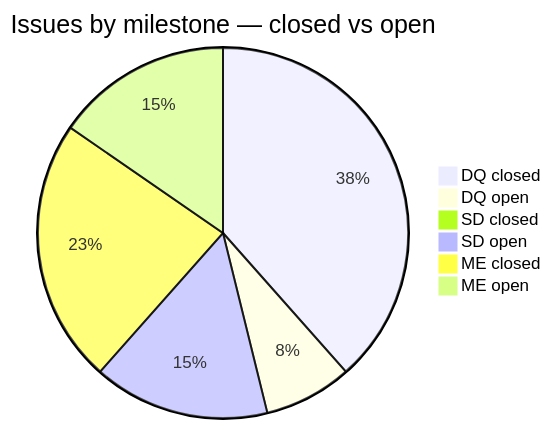
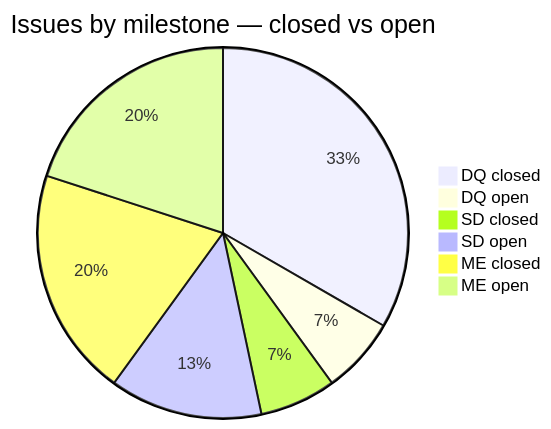
Before and after one commit to sanskrit-lexicon/MD: the first of 2 diagrams in README.md, drawn with Mermaid. The commit also changed other lines of this file, not shown here.

````diff
--- a/README.md
+++ b/README.md
@@ -75,9 +70,9 @@
 ```mermaid
 pie title Issues by milestone — closed vs open
     "DQ closed" : 5
     "DQ open" : 1
-    "SD closed" : 0
+    "SD closed" : 1
     "SD open" : 2
     "ME closed" : 3
-    "ME open" : 2
+    "ME open" : 3
 ```
````
